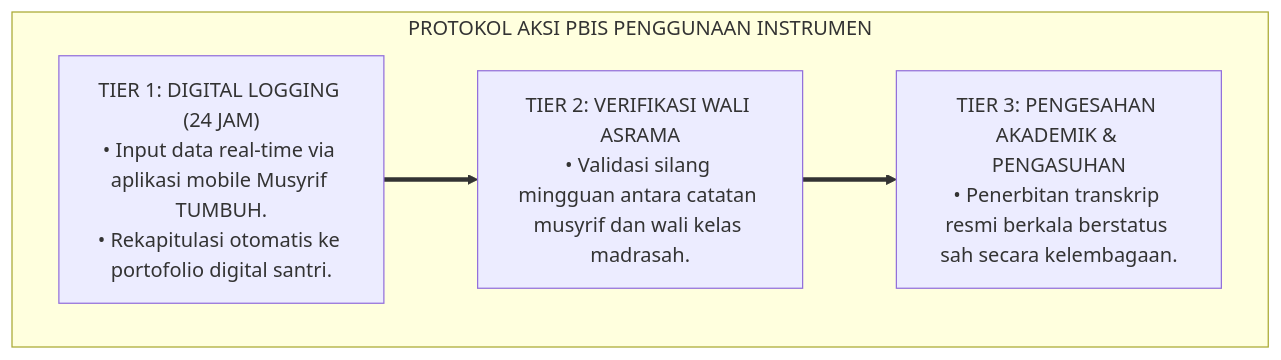
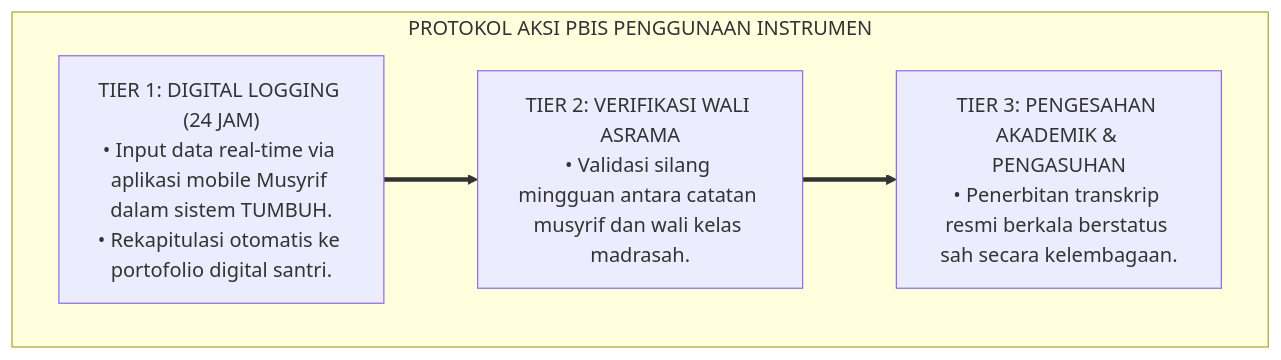
One commit to wandiapriliyandi/tumbuh changed the eighth of 8 diagrams in 04 Progression Framework/05 Growth Milestones/P4-05-06-Katalog-Instrumen-Asesmen-Milestone.md. Above: the diagram before and after it, drawn with Mermaid. The commit also changed other lines of this file and 605 other files, not shown here.

Commit message:
refactor: standarisasi penyebutan TUMBUH sebagai sistem pembinaan pesantren di seluruh naskah

````diff
--- a/04 Progression Framework/05 Growth Milestones/P4-05-06-Katalog-Instrumen-Asesmen-Milestone.md
+++ b/04 Progression Framework/05 Growth Milestones/P4-05-06-Katalog-Instrumen-Asesmen-Milestone.md
@@ -241,12 +241,12 @@
 ```mermaid
 flowchart TD
     subgraph PBISInstrumenCatalog["PROTOKOL AKSI PBIS PENGGUNAAN INSTRUMEN"]
-        T1["TIER 1: DIGITAL LOGGING (24 JAM)<br/>• Input data real-time via aplikasi mobile Musyrif TUMBUH.<br/>• Rekapitulasi otomatis ke portofolio digital santri."]
+        T1["TIER 1: DIGITAL LOGGING (24 JAM)<br/>• Input data real-time via aplikasi mobile Musyrif dalam sistem TUMBUH.<br/>• Rekapitulasi otomatis ke portofolio digital santri."]
         
         T2["TIER 2: VERIFIKASI WALI ASRAMA<br/>• Validasi silang mingguan antara catatan musyrif dan wali kelas madrasah."]
         
         T3["TIER 3: PENGESAHAN AKADEMIK & PENGASUHAN<br/>• Penerbitan transkrip resmi berkala berstatus sah secara kelembagaan."]
         
         T1 ==> T2 ==> T3
     end
 ```
````
